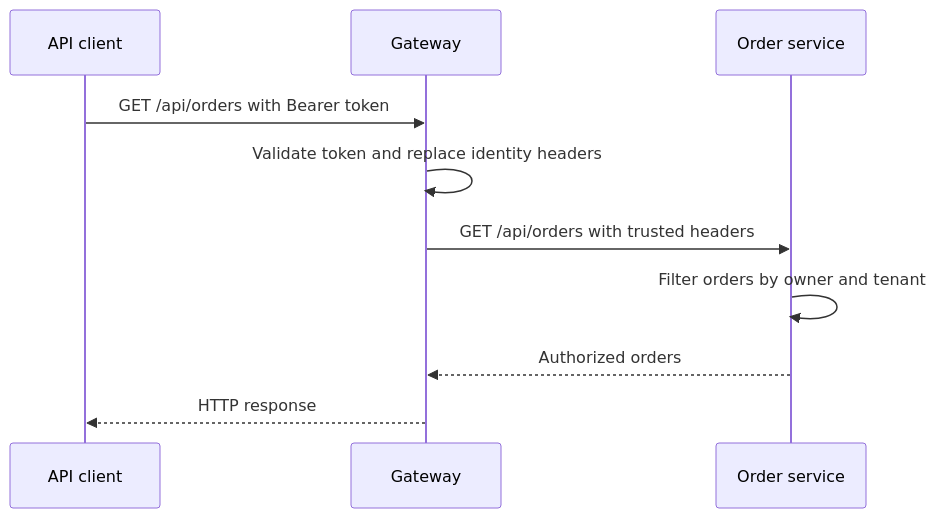
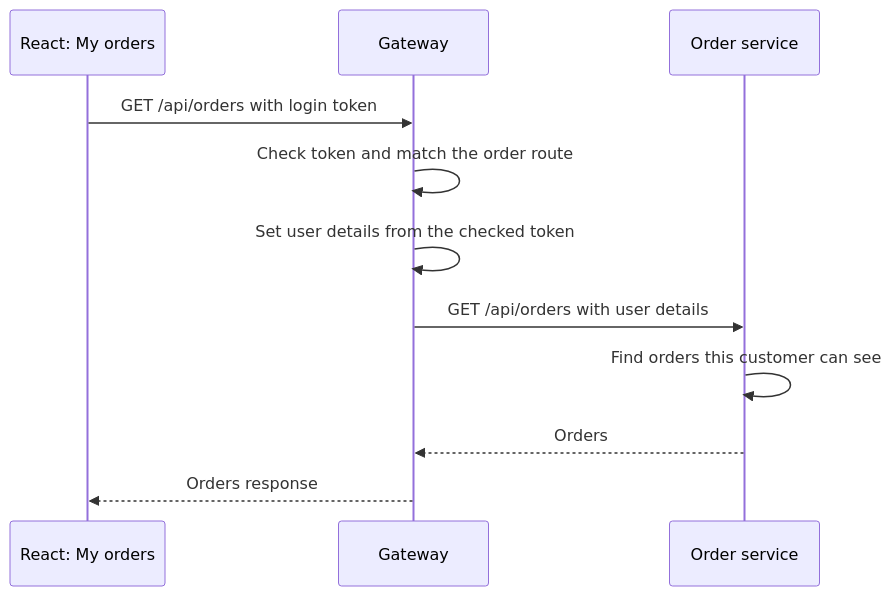
One commit to javatechguruji/microservices-workouts changed the diagram in docs/api-gateway/01-basic-routing.md. Above: the diagram before and after it, drawn with Mermaid. The commit also changed other lines of this file and 1 other file, not shown here.

````diff
--- a/docs/api-gateway/01-basic-routing.md
+++ b/docs/api-gateway/01-basic-routing.md
@@ -14,12 +19,13 @@
 ```mermaid
 sequenceDiagram
-    participant C as API client
-    participant GW as Gateway
+    participant C as React: My orders
+    participant G as Gateway
     participant O as Order service
-    C->>GW: GET /api/orders with Bearer token
-    GW->>GW: Validate token and replace identity headers
-    GW->>O: GET /api/orders with trusted headers
-    O->>O: Filter orders by owner and tenant
-    O-->>GW: Authorized orders
-    GW-->>C: HTTP response
+    C->>G: GET /api/orders with login token
+    G->>G: Check token and match the order route
+    G->>G: Set user details from the checked token
+    G->>O: GET /api/orders with user details
+    O->>O: Find orders this customer can see
+    O-->>G: Orders
+    G-->>C: Orders response
 ```
````
